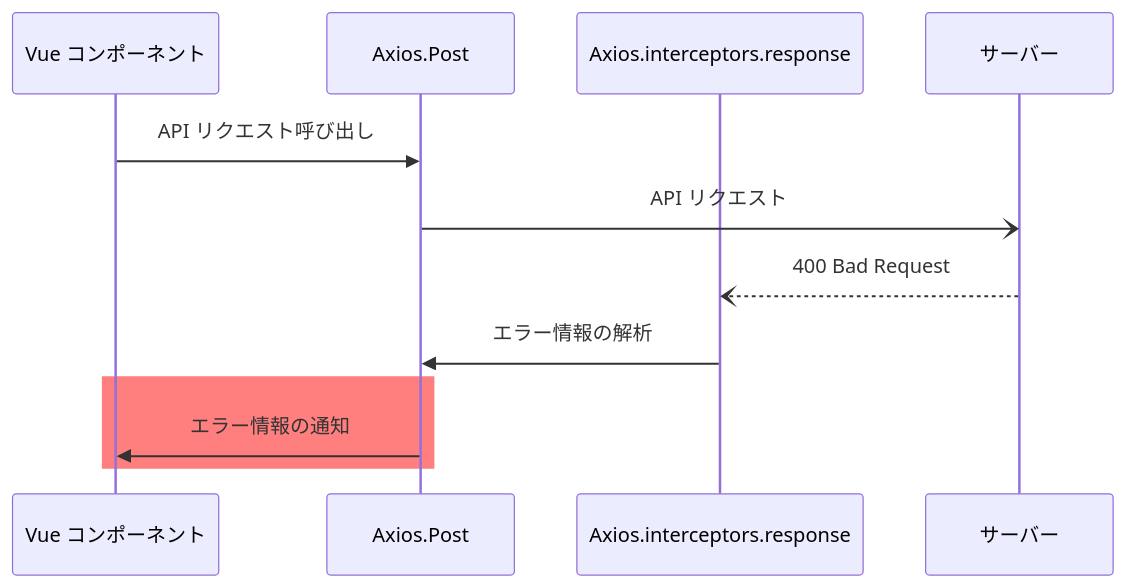
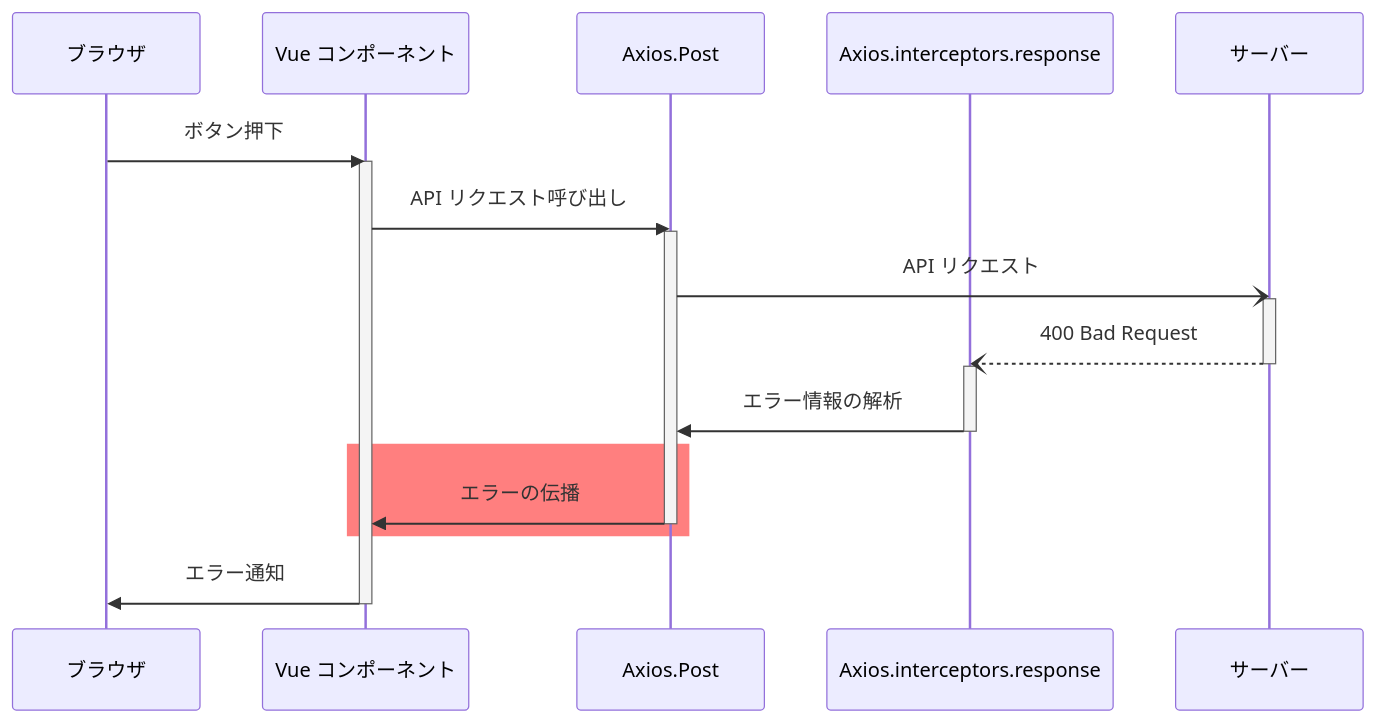
Before and after one commit to AlesInfiny/maris: the diagram in documents/contents/app-architecture/client-side-rendering/global-function.md, drawn with Mermaid. The commit also changed other lines of this file, not shown here.

````diff
--- a/documents/contents/app-architecture/client-side-rendering/global-function.md
+++ b/documents/contents/app-architecture/client-side-rendering/global-function.md
@@ -96,15 +73,26 @@
-    ```mermaid
-        sequenceDiagram
-        participant C as Vue コンポーネント
-        participant A as Axios.Post
-        participant I as Axios.interceptors.response
-        participant S as サーバー
-
-        C->>A: API リクエスト呼び出し
-        A-)S: API リクエスト
-        S--)I: 400 Bad Request
-        I->>A: エラー情報の解析
-        rect rgba(255, 0, 0, 0.5)
-            A->>C: エラー情報の通知
-        end
-    ```
+```mermaid
+    sequenceDiagram
+    participant B as ブラウザ
+    participant C as Vue コンポーネント
+    participant A as Axios.Post
+    participant I as Axios.interceptors.response
+    participant S as サーバー
+    
+    B->>C: ボタン押下
+    activate C
+    C->>A: API リクエスト呼び出し
+    activate A
+    A-)S: API リクエスト
+    activate S
+    S--)I: 400 Bad Request
+    deactivate S
+    activate I
+    I->>A: エラー情報の解析
+    deactivate I
+    rect rgba(255, 0, 0, 0.5)
+        A->>C: エラーの伝播
+        deactivate A
+    end
+    C->>B: エラー通知
+    deactivate C
+```
````
